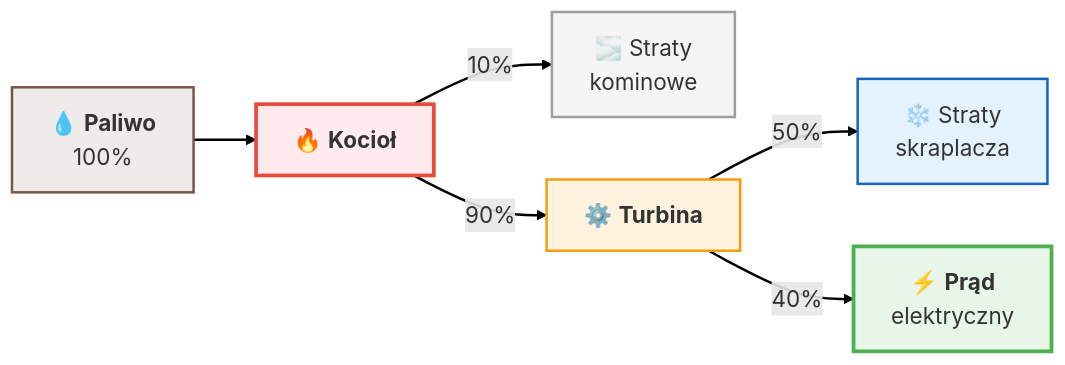
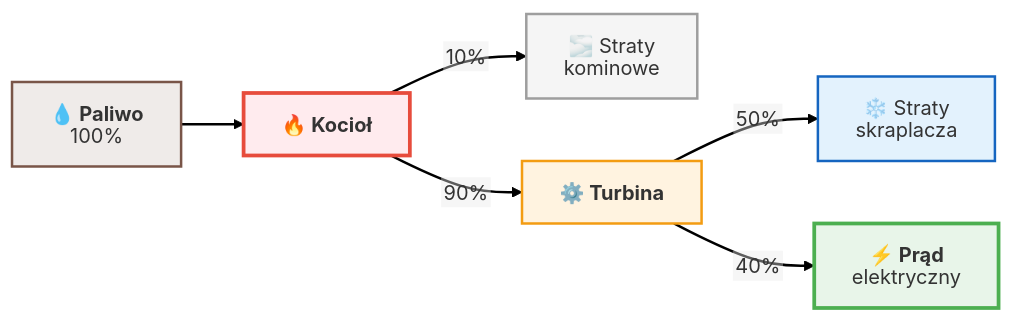
Before and after one commit to moondec/Termodynamika: the second of 6 diagrams in Wyklady/15_Spalanie_Egzergia.qmd, drawn with Mermaid. The commit also changed other lines of this file and 84 other files, not shown here.

First line of the commit message:
Wykłady: diagramy mermaid bez ucinania i dopasowane do slajdów

````diff
--- a/Wyklady/15_Spalanie_Egzergia.qmd
+++ b/Wyklady/15_Spalanie_Egzergia.qmd
@@ -229,20 +235,21 @@
 ```{mermaid}
 %%| fig-align: center
-%%| fig-width: 12
 
-%%{init: {'theme': 'default', 'flowchart': { 'useMaxWidth': false, 'htmlLabels': true }, 'themeVariables': { 'fontSize': '18px', 'fontFamily': 'sans-serif' }}}%%
+%%{init: {'theme': 'default', 'flowchart': {'htmlLabels': false, 'wrappingWidth': 400, 'subGraphTitleMargin': {'top': 6, 'bottom': 16}}, 'themeVariables': {'fontSize': '16px', 'fontFamily': 'Arial, Helvetica, sans-serif'}, 'htmlLabels': false}}%%
 flowchart LR
-    F["💧 <b>Paliwo</b><br>100%"] --> K["🔥 <b>Kocioł</b>"]
+    F["`💧 **Paliwo**
+100%`"] --> K["`🔥 **Kocioł**`"]
     K -->|"10%"| KOM["🌫️ Straty<br>kominowe"]
-    K -->|"90%"| T["⚙️ <b>Turbina</b>"]
+    K -->|"90%"| T["`⚙️ **Turbina**`"]
     T -->|"50%"| SKR["❄️ Straty<br>skraplacza"]
-    T -->|"40%"| GEN["⚡ <b>Prąd</b><br>elektryczny"]
+    T -->|"40%"| GEN["`⚡ **Prąd**
+elektryczny`"]
     
     style F fill:#efebe9,stroke:#795548,stroke-width:2px
     style K fill:#ffebee,stroke:#e74c3c,stroke-width:3px
     style KOM fill:#f5f5f5,stroke:#9e9e9e,stroke-width:2px
     style T fill:#fff3e0,stroke:#f39c12,stroke-width:2px
     style SKR fill:#e3f2fd,stroke:#1565c0,stroke-width:2px
     style GEN fill:#e8f5e9,stroke:#4caf50,stroke-width:3px
     linkStyle default stroke-width:2px,fill:none,stroke:black
 ```
````
